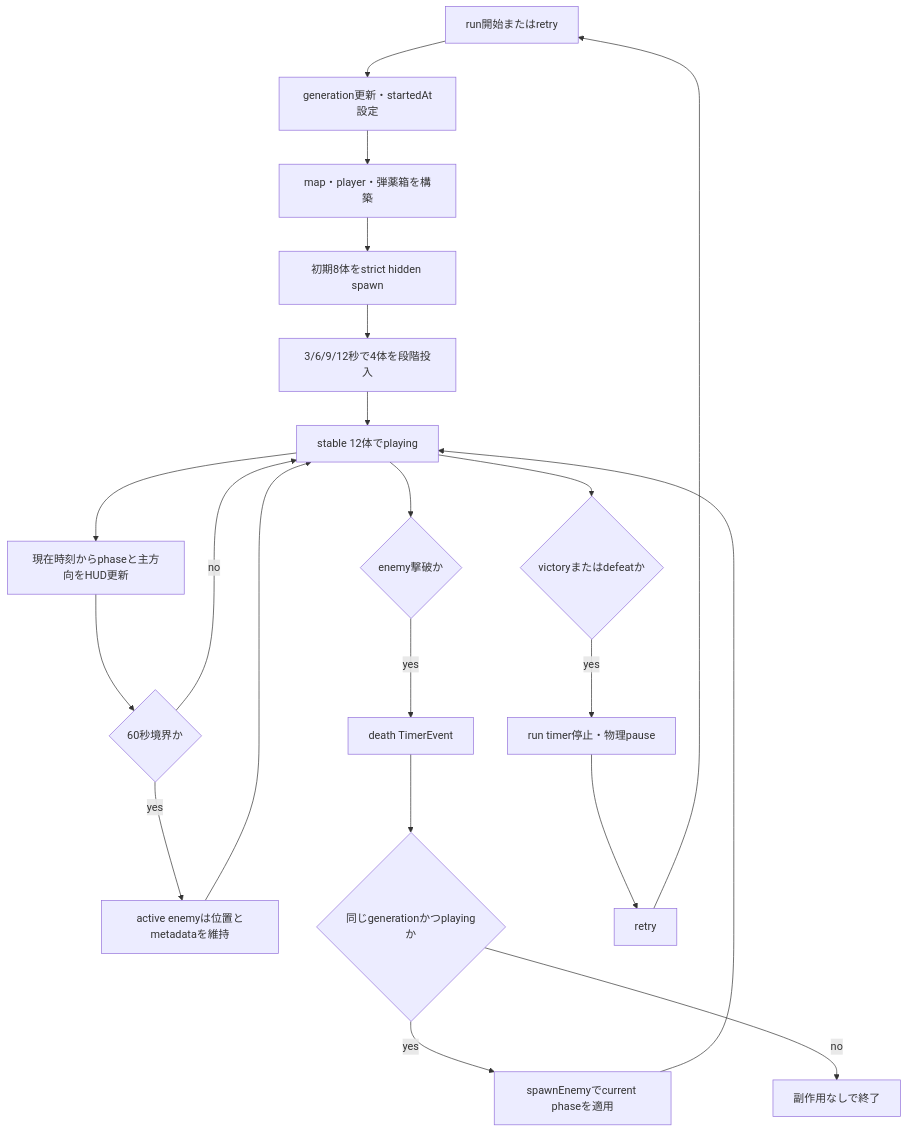
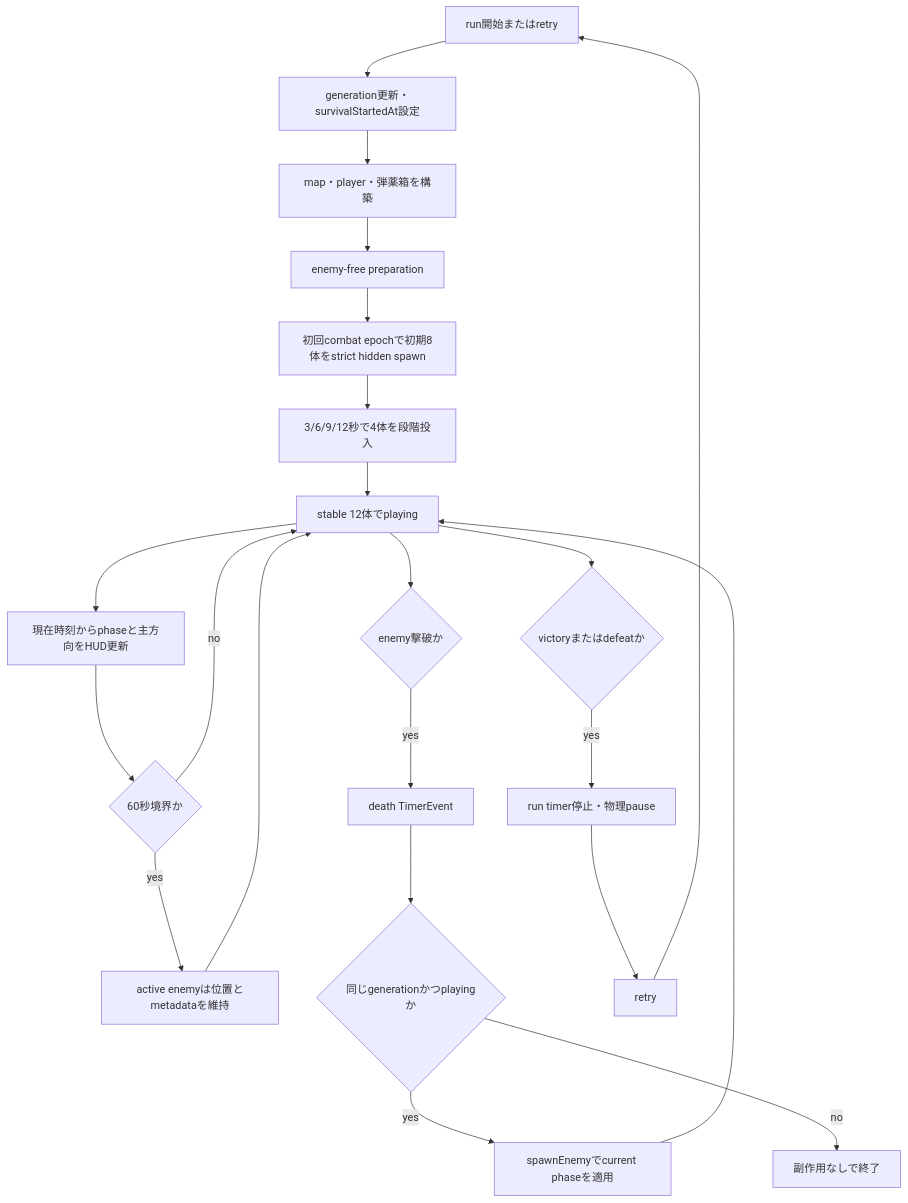
Before and after one commit to WFrog2511/2d-coop-survival: the diagram in docs/40_design/basic/directional-spawn-v1.md, drawn with Mermaid. The commit also changed other lines of this file and 30 other files, not shown here.

```diff
--- a/docs/40_design/basic/directional-spawn-v1.md
+++ b/docs/40_design/basic/directional-spawn-v1.md
@@ -36,23 +36,24 @@
 ~~~mermaid
 flowchart TD
-  reset["run開始またはretry"] --> generation["generation更新・startedAt設定"]
+  reset["run開始またはretry"] --> generation["generation更新・survivalStartedAt設定"]
   generation --> map["map・player・弾薬箱を構築"]
-  map --> initial["初期8体をstrict hidden spawn"]
+  map --> preparation["enemy-free preparation"]
+  preparation --> initial["初回combat epochで初期8体をstrict hidden spawn"]
   initial --> stagger["3/6/9/12秒で4体を段階投入"]
   stagger --> playing["stable 12体でplaying"]
   playing --> hud["現在時刻からphaseと主方向をHUD更新"]
   hud --> boundary{"60秒境界か"}
   boundary -->|yes| keep["active enemyは位置とmetadataを維持"]
   boundary -->|no| playing
   keep --> playing
   playing --> defeated{"enemy撃破か"}
   defeated -->|yes| timer["death TimerEvent"]
   timer --> guard{"同じgenerationかつplayingか"}
   guard -->|yes| spawn["spawnEnemyでcurrent phaseを適用"]
   guard -->|no| discard["副作用なしで終了"]
   spawn --> playing
   playing --> terminal{"victoryまたはdefeatか"}
   terminal -->|yes| stop["run timer停止・物理pause"]
   stop --> retry["retry"]
   retry --> reset
 ~~~
```
